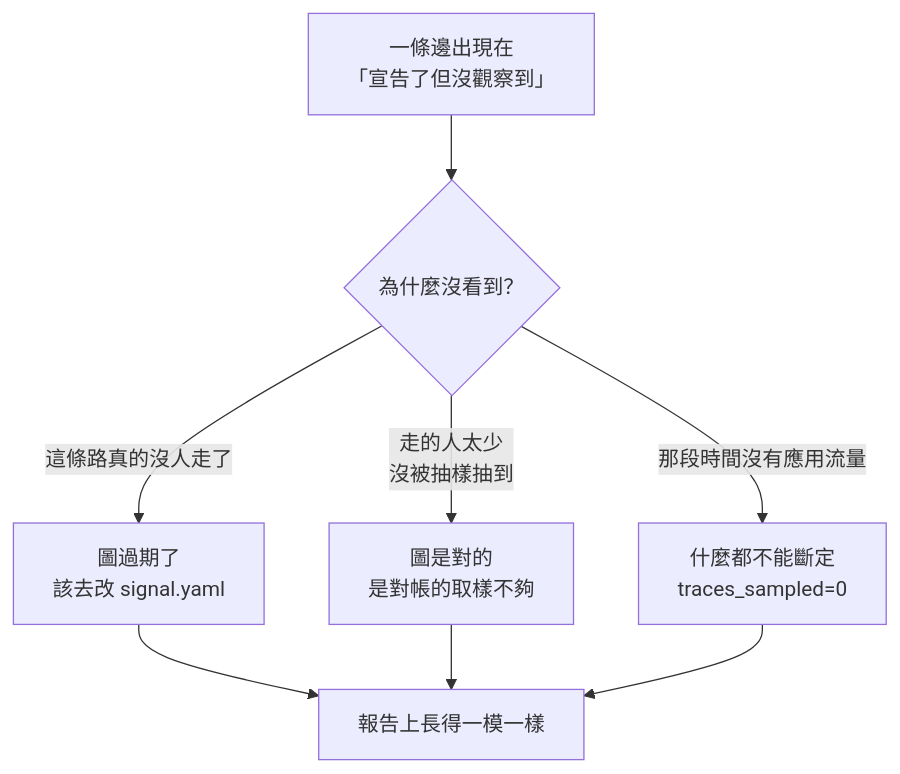
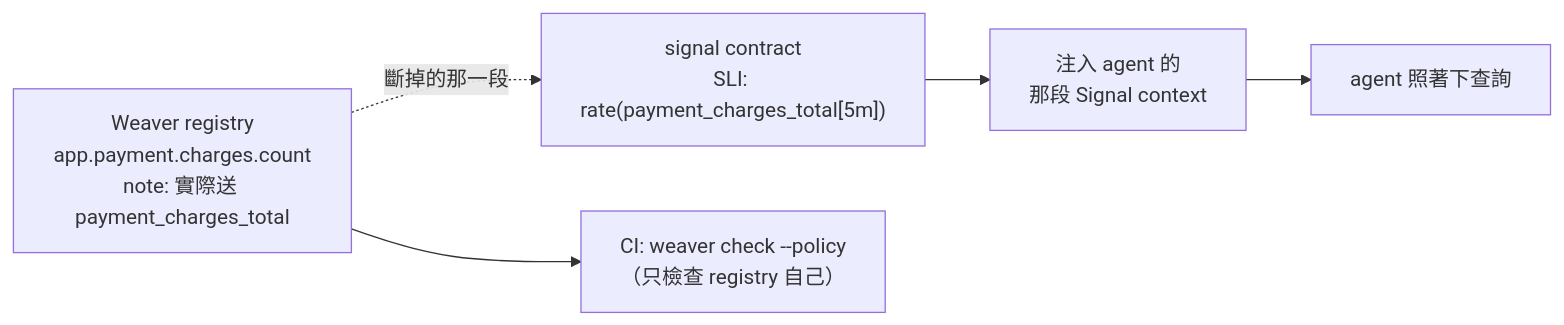
Before and after one commit to tedmax100/o11y-bench: the first of 2 diagrams in weaver-demo/ironman-2026/day15.md, drawn with Mermaid. The commit also changed other lines of this file and 29 other files, not shown here.

````diff
--- a/weaver-demo/ironman-2026/day15.md
+++ b/weaver-demo/ironman-2026/day15.md
@@ -167,10 +28,7 @@
 ```mermaid
-flowchart TB
-    U["一條邊出現在<br/>「宣告了但沒觀察到」"] --> Q{"為什麼沒看到？"}
-    Q -->|"這條路真的沒人走了"| A["圖過期了<br/>該去改 signal.yaml"]
-    Q -->|"走的人太少<br/>沒被抽樣抽到"| B["圖是對的<br/>是對帳的取樣不夠"]
-    Q -->|"那段時間沒有應用流量"| C["什麼都不能斷定<br/>traces_sampled=0"]
-    A --> S["報告上長得一模一樣"]
-    B --> S
-    C --> S
+flowchart LR
+    R["Weaver registry<br/>app.payment.charges.count<br/>note: 實際送 payment_charges_total"] -.->|"斷掉的那一段"| C["signal contract<br/>SLI: rate(payment_charges_total[5m])"]
+    C --> A["注入 agent 的<br/>那段 Signal context"]
+    A --> Q["agent 照著下查詢"]
+    R --> G["CI: weaver check --policy<br/>（只檢查 registry 自己）"]
 ```
````
